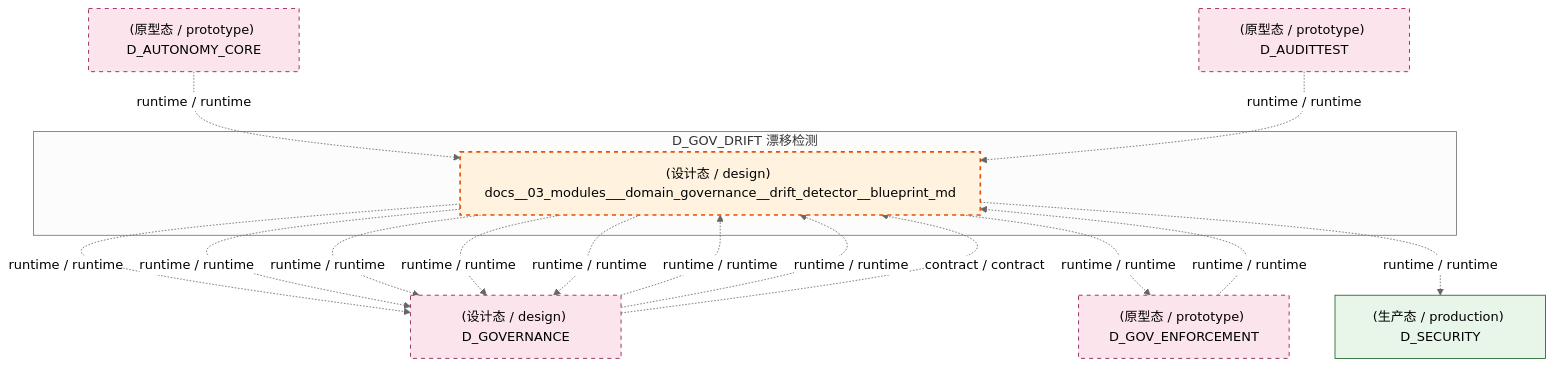
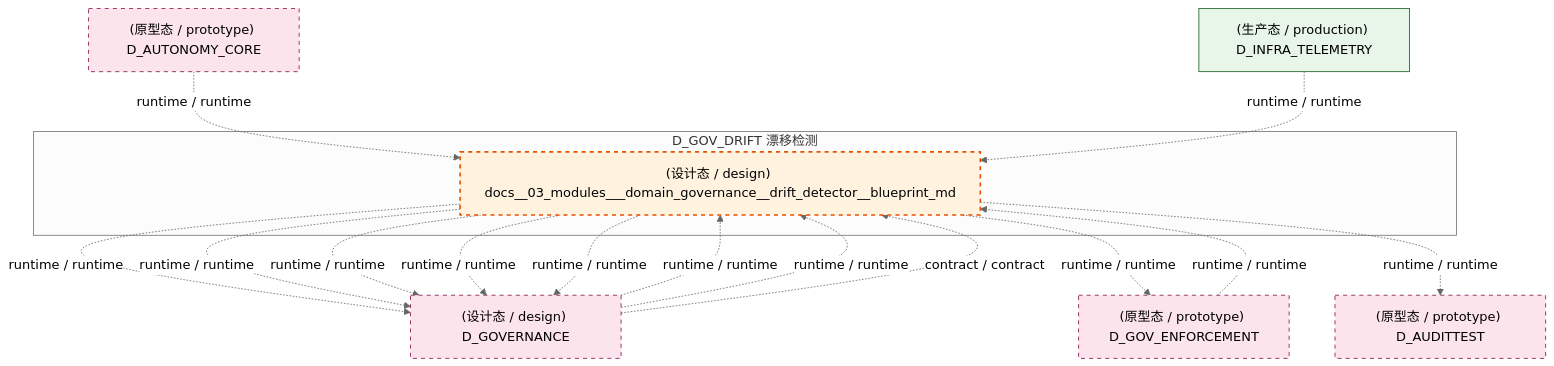
One commit to xuanFelixVan/ZephyrAlpha changed the second of 3 diagrams in docs/02_enterprise_architecture/02_domain_architecture_docs/34_d_gov_drift.md. Above: the diagram before and after it, drawn with Mermaid (neutral theme). The commit also changed other lines of this file and 100 other files, not shown here.

````diff
--- a/docs/02_enterprise_architecture/02_domain_architecture_docs/34_d_gov_drift.md
+++ b/docs/02_enterprise_architecture/02_domain_architecture_docs/34_d_gov_drift.md
@@ -106,31 +106,31 @@
 ```mermaid
 graph TD
     subgraph D_GOV_DRIFT["D_GOV_DRIFT 漂移检测"]
         docs_03_modules_domain_governance_drift_detector_blueprint_md["(设计态 / design) docs__03_modules___domain_governance__drift_detector__blueprint_md"]
     end
     D_GOVERNANCE["(设计态 / design) D_GOVERNANCE"]
     docs_03_modules_domain_governance_drift_detector_blueprint_md -.->|runtime / runtime| D_GOVERNANCE
     docs_03_modules_domain_governance_drift_detector_blueprint_md -.->|runtime / runtime| D_GOVERNANCE
     D_GOV_ENFORCEMENT["(原型态 / prototype) D_GOV_ENFORCEMENT"]
     docs_03_modules_domain_governance_drift_detector_blueprint_md -.->|runtime / runtime| D_GOV_ENFORCEMENT
-    D_SECURITY["(生产态 / production) D_SECURITY"]
-    docs_03_modules_domain_governance_drift_detector_blueprint_md -.->|runtime / runtime| D_SECURITY
+    D_AUDITTEST["(原型态 / prototype) D_AUDITTEST"]
+    docs_03_modules_domain_governance_drift_detector_blueprint_md -.->|runtime / runtime| D_AUDITTEST
     docs_03_modules_domain_governance_drift_detector_blueprint_md -.->|runtime / runtime| D_GOVERNANCE
     docs_03_modules_domain_governance_drift_detector_blueprint_md -.->|runtime / runtime| D_GOVERNANCE
     docs_03_modules_domain_governance_drift_detector_blueprint_md -.->|runtime / runtime| D_GOVERNANCE
+    D_GOV_ENFORCEMENT -.->|runtime / runtime| docs_03_modules_domain_governance_drift_detector_blueprint_md
     D_GOVERNANCE -.->|runtime / runtime| docs_03_modules_domain_governance_drift_detector_blueprint_md
     D_GOVERNANCE -.->|runtime / runtime| docs_03_modules_domain_governance_drift_detector_blueprint_md
     D_GOVERNANCE -.->|contract / contract| docs_03_modules_domain_governance_drift_detector_blueprint_md
-    D_GOV_ENFORCEMENT -.->|runtime / runtime| docs_03_modules_domain_governance_drift_detector_blueprint_md
     D_AUTONOMY_CORE["(原型态 / prototype) D_AUTONOMY_CORE"]
     D_AUTONOMY_CORE -.->|runtime / runtime| docs_03_modules_domain_governance_drift_detector_blueprint_md
-    D_AUDITTEST["(原型态 / prototype) D_AUDITTEST"]
-    D_AUDITTEST -.->|runtime / runtime| docs_03_modules_domain_governance_drift_detector_blueprint_md
+    D_INFRA_TELEMETRY["(生产态 / production) D_INFRA_TELEMETRY"]
+    D_INFRA_TELEMETRY -.->|runtime / runtime| docs_03_modules_domain_governance_drift_detector_blueprint_md
     classDef production fill:#e1f5fe,stroke:#01579b,stroke-width:2px,color:#000
     classDef design fill:#fff3e0,stroke:#e65100,stroke-width:2px,color:#000,stroke-dasharray: 5 5
     classDef external_prod fill:#e8f5e9,stroke:#1b5e20,stroke-width:1px,color:#000
     classDef external_design fill:#fce4ec,stroke:#880e4f,stroke-width:1px,color:#000,stroke-dasharray: 5 5
     class docs_03_modules_domain_governance_drift_detector_blueprint_md design
-    class D_SECURITY external_prod
-    class D_GOVERNANCE,D_GOV_ENFORCEMENT,D_AUTONOMY_CORE,D_AUDITTEST external_design
+    class D_INFRA_TELEMETRY external_prod
+    class D_GOVERNANCE,D_GOV_ENFORCEMENT,D_AUDITTEST,D_AUTONOMY_CORE external_design
 ```
````
